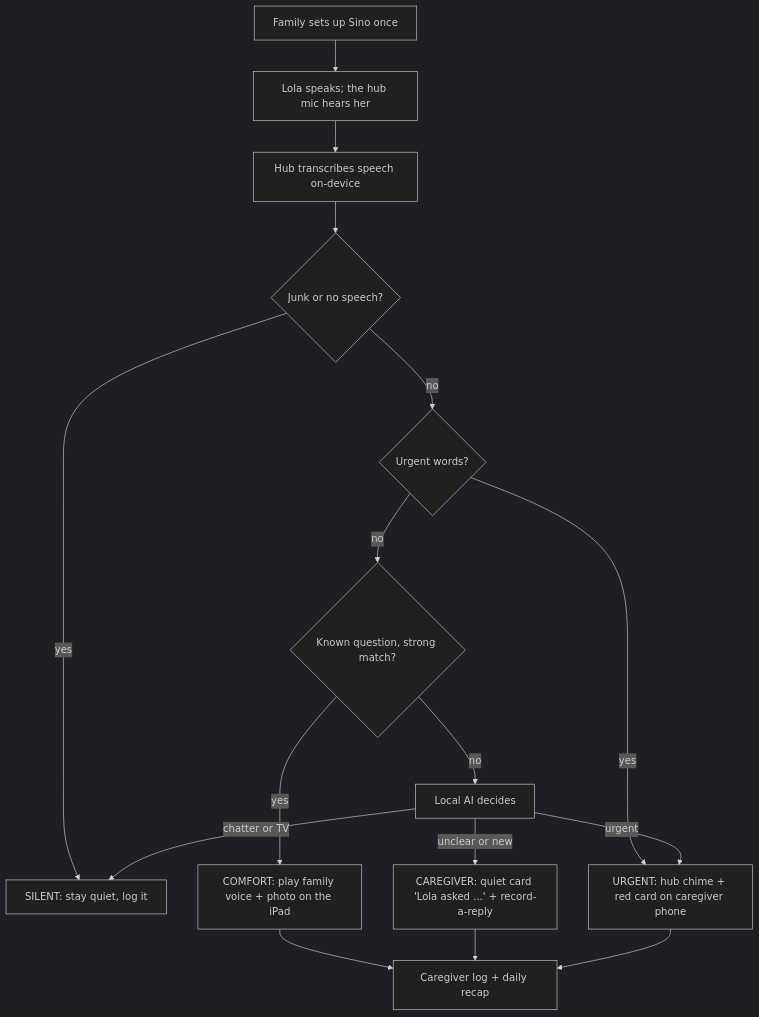
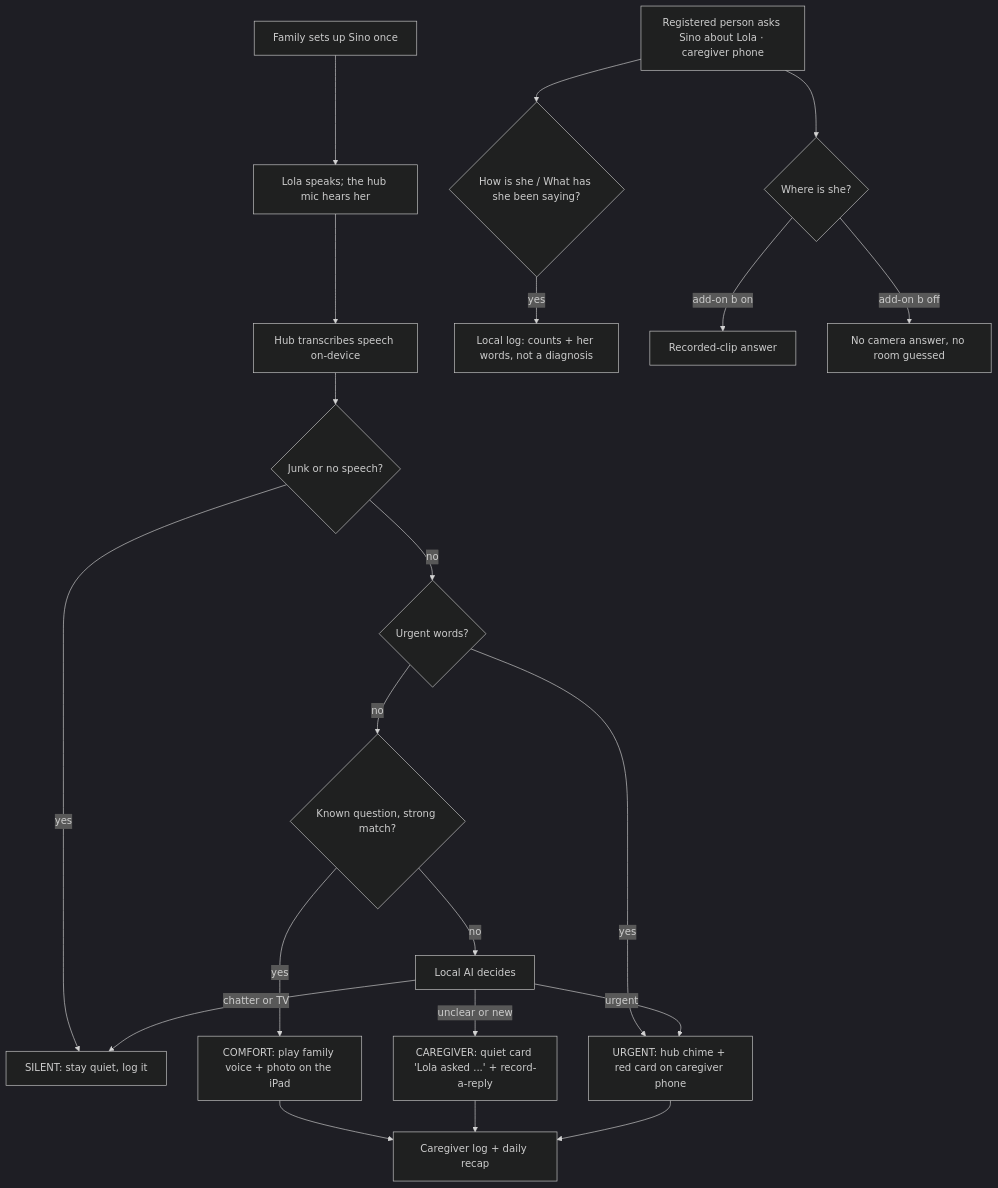
The diagram in docs/sino/README.md (Troy-LL/appsolutely), drawn with Mermaid (dark theme) before and after one commit. The commit also changed other lines of this file and 7 other files, not shown here.

````diff
--- a/docs/sino/README.md
+++ b/docs/sino/README.md
@@ -24,18 +26,24 @@
 ```mermaid
 flowchart TD
   A[Family sets up Sino once] --> B[Lola speaks; the hub mic hears her]
   B --> C[Hub transcribes speech on-device]
   C --> J{Junk or no speech?}
   J -- yes --> Q
   J -- no --> D{Urgent words?}
   D -- yes --> U[URGENT: hub chime + red card on caregiver phone]
   D -- no --> E{Known question, strong match?}
   E -- yes --> S[COMFORT: play family voice + photo on the iPad]
   E -- no --> F[Local AI decides]
   F -- urgent --> U
   F -- unclear or new --> K[CAREGIVER: quiet card 'Lola asked ...' + record-a-reply]
   F -- chatter or TV --> Q[SILENT: stay quiet, log it]
   S --> L[Caregiver log + daily recap]
   K --> L
   U --> L
+
+  P[Registered person asks Sino about Lola · caregiver phone] --> H{How is she / What has she been saying?}
+  H -- yes --> LG[Local log: counts + her words, not a diagnosis]
+  P --> W{Where is she?}
+  W -- add-on b on --> RC[Recorded-clip answer]
+  W -- add-on b off --> NC[No camera answer, no room guessed]
 ```
````
